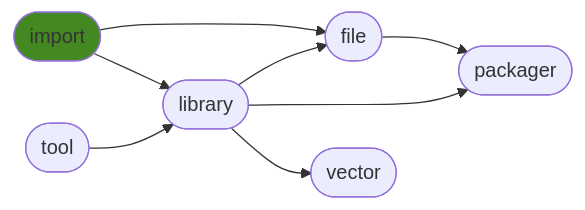
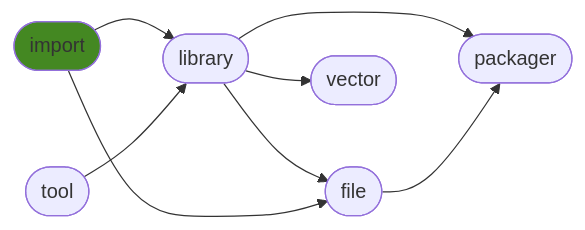
Before and after one commit to ManderaGeneral/generalimport: the diagram in README.md, drawn with Mermaid. The commit also changed other lines of this file, not shown here.

````diff
--- a/README.md
+++ b/README.md
@@ -28,17 +28,17 @@
 ```mermaid
 flowchart LR
-0([import]) --> 3([file])
 2([library]) --> 3([file])
 2([library]) --> 5([packager])
 0([import]) --> 2([library])
 1([tool]) --> 2([library])
+0([import]) --> 3([file])
 3([file]) --> 5([packager])
 2([library]) --> 4([vector])
 click 0 "https://github.com/ManderaGeneral/generalimport"
 click 1 "https://github.com/ManderaGeneral/generaltool"
 click 2 "https://github.com/ManderaGeneral/generallibrary"
 click 3 "https://github.com/ManderaGeneral/generalfile"
 click 4 "https://github.com/ManderaGeneral/generalvector"
 click 5 "https://github.com/ManderaGeneral/generalpackager"
 style 0 fill:#482
 ```
````
